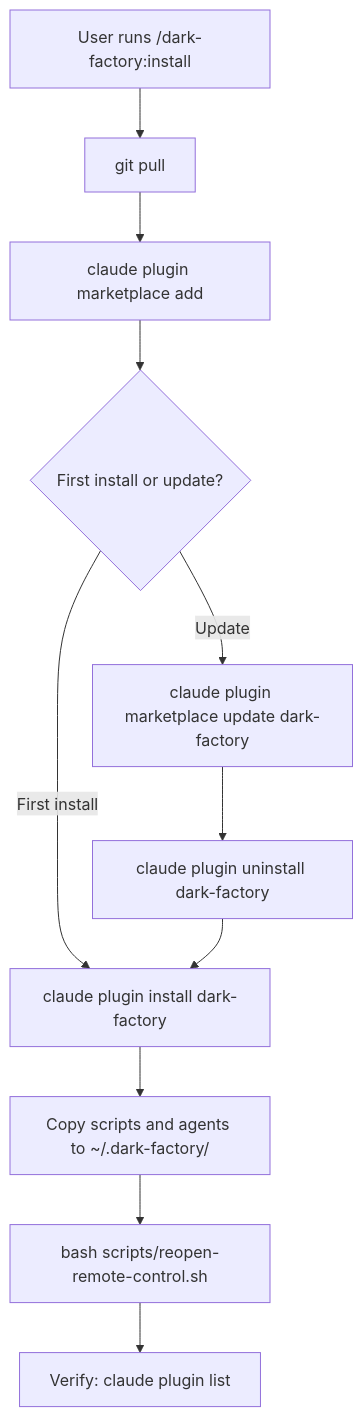
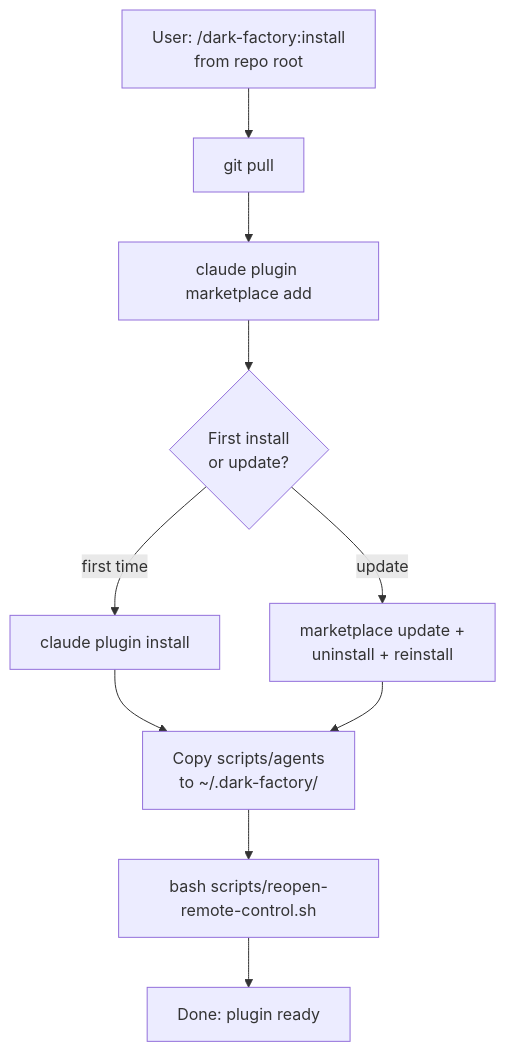
One commit to lewibs/dark-factory changed the diagram in docs/docs/install.md. Above: the diagram before and after it, drawn with Mermaid. The commit also changed other lines of this file and 11 other files, not shown here.

````diff
--- a/docs/docs/install.md
+++ b/docs/docs/install.md
@@ -13,13 +7,12 @@
 ```mermaid
 flowchart TD
-  A[User runs /dark-factory:install] --> B[git pull]
-  B --> C[claude plugin marketplace add]
-  C --> D{First install or update?}
-  D -->|First install| E[claude plugin install dark-factory]
-  D -->|Update| F[claude plugin marketplace update dark-factory]
-  F --> G[claude plugin uninstall dark-factory]
-  G --> E
-  E --> H[Copy scripts and agents to ~/.dark-factory/]
-  H --> I[bash scripts/reopen-remote-control.sh]
-  I --> J[Verify: claude plugin list]
+  User["User: /dark-factory:install<br/>from repo root"] --> GitPull["git pull"]
+  GitPull --> Marketplace["claude plugin marketplace add"]
+  Marketplace --> Check{"First install<br/>or update?"}
+  Check -->|"first time"| Install["claude plugin install"]
+  Check -->|"update"| Update["marketplace update +<br/>uninstall + reinstall"]
+  Install --> Copy["Copy scripts/agents<br/>to ~/.dark-factory/"]
+  Update --> Copy
+  Copy --> Terminal["bash scripts/reopen-remote-control.sh"]
+  Terminal --> Done["Done: plugin ready"]
 ```
````
